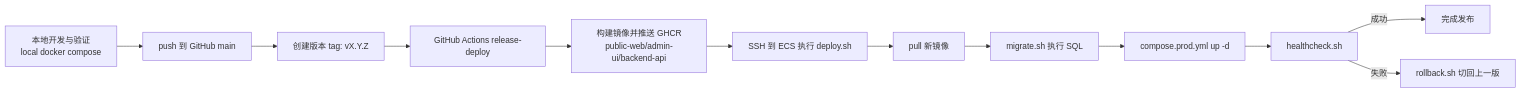
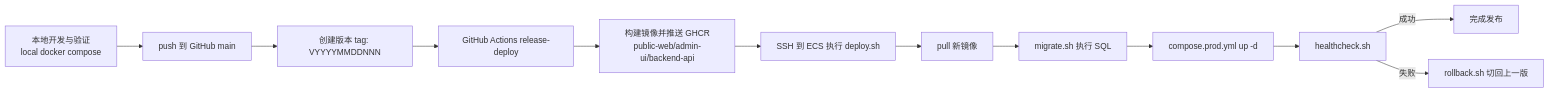
Before and after one commit to huozao/AliECS: the diagram in docs/auto-deploy-guide.md, drawn with Mermaid. The commit also changed other lines of this file and 15 other files, not shown here.

````diff
--- a/docs/auto-deploy-guide.md
+++ b/docs/auto-deploy-guide.md
@@ -31,14 +31,14 @@
 ```mermaid
 flowchart LR
     A[本地开发与验证\nlocal docker compose] --> B[push 到 GitHub main]
-    B --> C[创建版本 tag: vX.Y.Z]
+    B --> C[创建版本 tag: VYYYYMMDDNNN]
     C --> D[GitHub Actions release-deploy]
     D --> E[构建镜像并推送 GHCR\npublic-web/admin-ui/backend-api]
     E --> F[SSH 到 ECS 执行 deploy.sh <tag>]
     F --> G[pull 新镜像]
     G --> H[migrate.sh 执行 SQL]
     H --> I[compose.prod.yml up -d]
     I --> J[healthcheck.sh]
     J -->|成功| K[完成发布]
     J -->|失败| L[rollback.sh 切回上一版]
 ```
````
